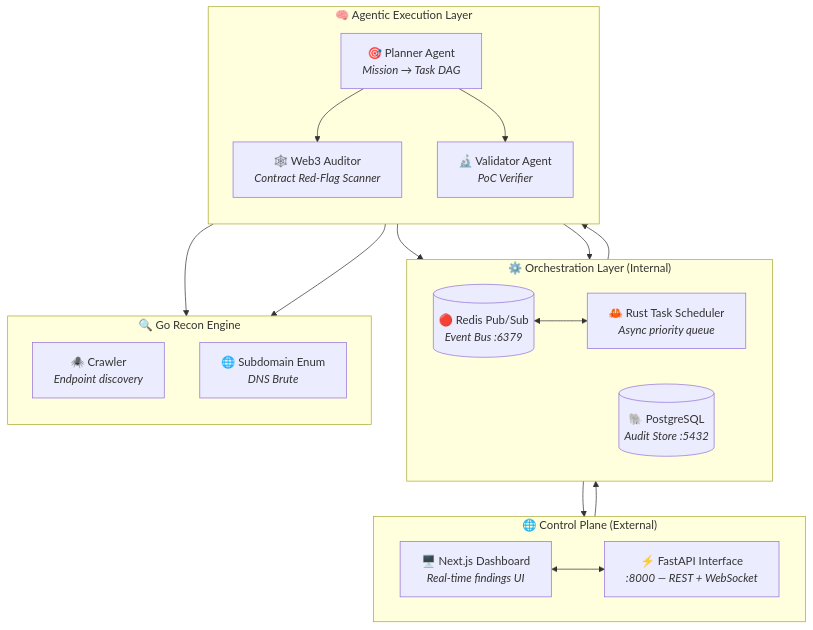
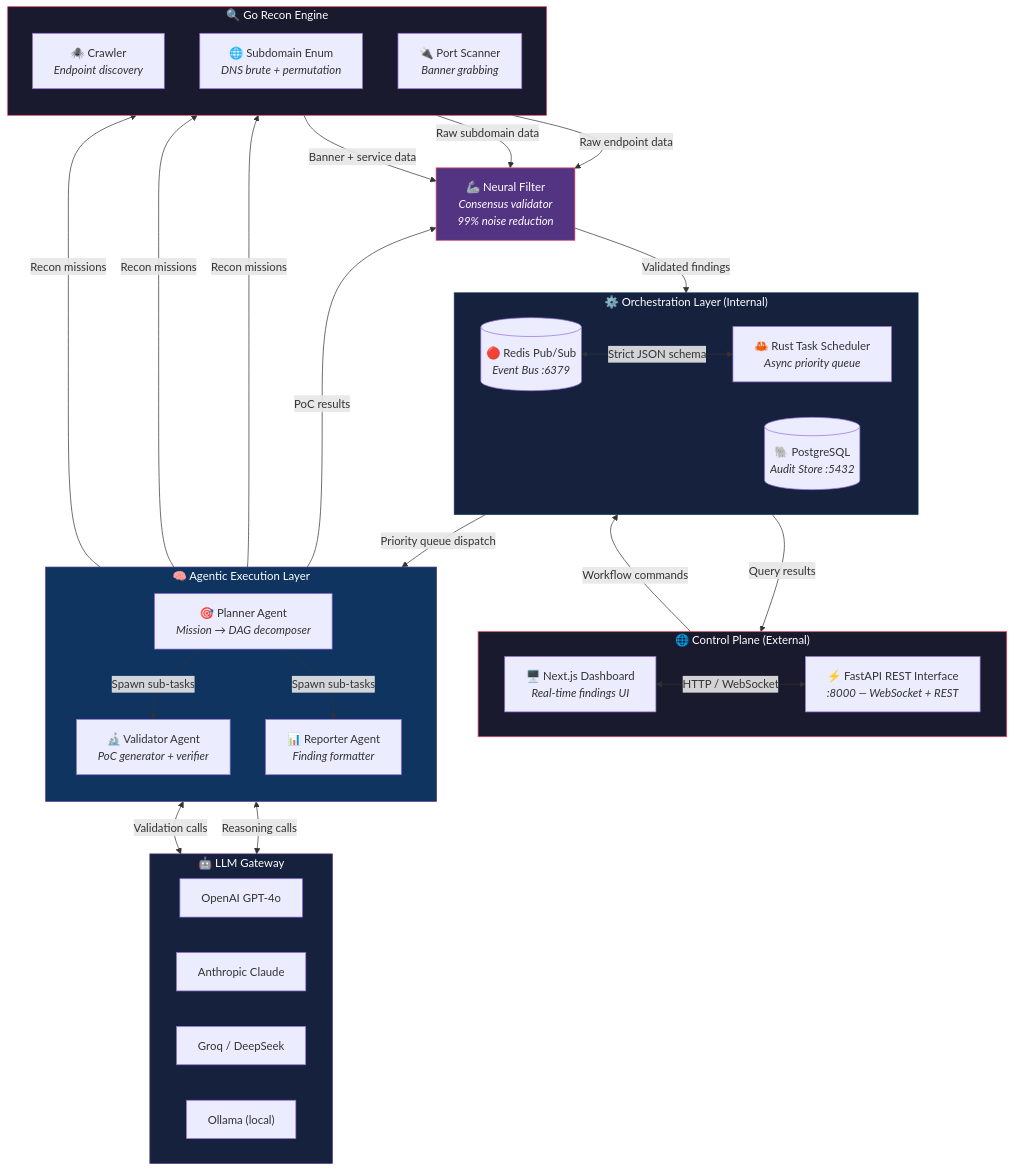
Before and after one commit to gl1tch0x1/cog-ai: the first of 6 diagrams in README.md, drawn with Mermaid. The commit also changed other lines of this file, not shown here.

Commit message:
docs: update README to reflect 0.3.0-dev architecture and project structure

````diff
--- a/README.md
+++ b/README.md
@@ -88,40 +101,64 @@
 ```mermaid
 graph TB
     subgraph EXTERNAL["🌐 Control Plane (External)"]
         direction LR
         UI["🖥️ Next.js Dashboard<br/><i>Real-time findings UI</i>"]
-        API["⚡ FastAPI Interface<br/><i>:8000 — REST + WebSocket</i>"]
+        API["⚡ FastAPI REST Interface<br/><i>:8000 — WebSocket + REST</i>"]
     end
 
     subgraph ORCHESTRATION["⚙️ Orchestration Layer (Internal)"]
         direction LR
         REDIS[("🔴 Redis Pub/Sub<br/><i>Event Bus :6379</i>")]
         RUST["🦀 Rust Task Scheduler<br/><i>Async priority queue</i>"]
         DB[("🐘 PostgreSQL<br/><i>Audit Store :5432</i>")]
     end
 
     subgraph AGENTS["🧠 Agentic Execution Layer"]
         direction TB
-        PLANNER["🎯 Planner Agent<br/><i>Mission → Task DAG</i>"]
-        WEB3["🕸️ Web3 Auditor<br/><i>Contract Red-Flag Scanner</i>"]
-        VALIDATOR["🔬 Validator Agent<br/><i>PoC Verifier</i>"]
+        PLANNER["🎯 Planner Agent<br/><i>Mission → DAG decomposer</i>"]
+        VALIDATOR["🔬 Validator Agent<br/><i>PoC generator + verifier</i>"]
+        REPORTER["📊 Reporter Agent<br/><i>Finding formatter</i>"]
     end
 
     subgraph RECON["🔍 Go Recon Engine"]
         direction TB
         CRAWL["🕷️ Crawler<br/><i>Endpoint discovery</i>"]
-        SUB["🌐 Subdomain Enum<br/><i>DNS Brute</i>"]
+        SUB["🌐 Subdomain Enum<br/><i>DNS brute + permutation</i>"]
+        PORT["🔌 Port Scanner<br/><i>Banner grabbing</i>"]
     end
 
-    UI <--> API
-    API --> REDIS
-    REDIS <--> RUST
-    RUST --> PLANNER
-    PLANNER --> WEB3
-    PLANNER --> VALIDATOR
-    PLANNER --> CRAWL
-    PLANNER --> SUB
-    VALIDATOR --> DB
-    WEB3 --> DB
-    DB --> API
+    subgraph LLM["🤖 LLM Gateway"]
+        direction LR
+        GPT["OpenAI GPT-4o"]
+        CLAUDE["Anthropic Claude"]
+        GROQ["Groq / DeepSeek"]
+        LOCAL["Ollama (local)"]
+    end
+
+    FILTER["🦾 Neural Filter<br/><i>Consensus validator<br/>99% noise reduction</i>"]
+
+    UI <-->|"HTTP / WebSocket"| API
+    API -->|"Workflow commands"| REDIS
+    REDIS <-->|"Strict JSON schema"| RUST
+    RUST -->|"Priority queue dispatch"| PLANNER
+    PLANNER -->|"Spawn sub-tasks"| VALIDATOR
+    PLANNER -->|"Spawn sub-tasks"| REPORTER
+    PLANNER <-->|"Reasoning calls"| LLM
+    VALIDATOR <-->|"Validation calls"| LLM
+    PLANNER -->|"Recon missions"| CRAWL
+    PLANNER -->|"Recon missions"| SUB
+    PLANNER -->|"Recon missions"| PORT
+    CRAWL -->|"Raw endpoint data"| FILTER
+    SUB -->|"Raw subdomain data"| FILTER
+    PORT -->|"Banner + service data"| FILTER
+    VALIDATOR -->|"PoC results"| FILTER
+    FILTER -->|"Validated findings"| DB
+    DB -->|"Query results"| API
+
+    style EXTERNAL fill:#1a1a2e,stroke:#e94560,color:#fff
+    style ORCHESTRATION fill:#16213e,stroke:#0f3460,color:#fff
+    style AGENTS fill:#0f3460,stroke:#533483,color:#fff
+    style RECON fill:#1a1a2e,stroke:#e94560,color:#fff
+    style LLM fill:#16213e,stroke:#533483,color:#fff
+    style FILTER fill:#533483,stroke:#e94560,color:#fff
 ```
````
